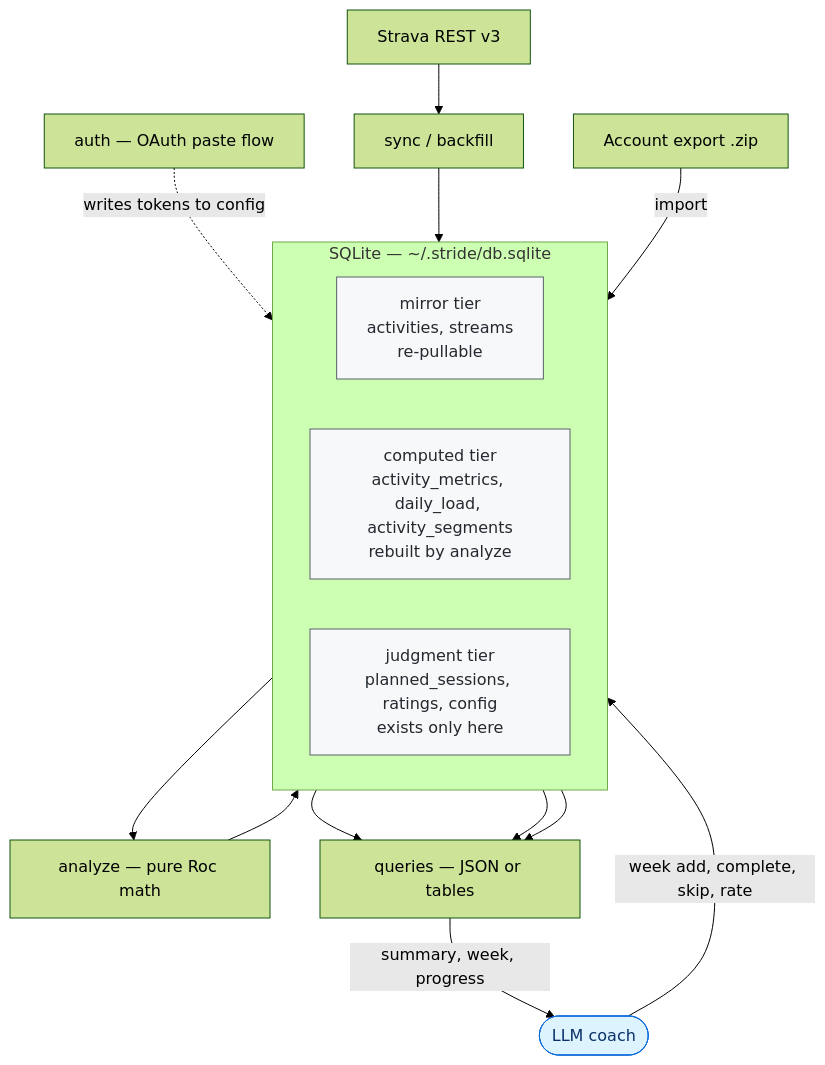
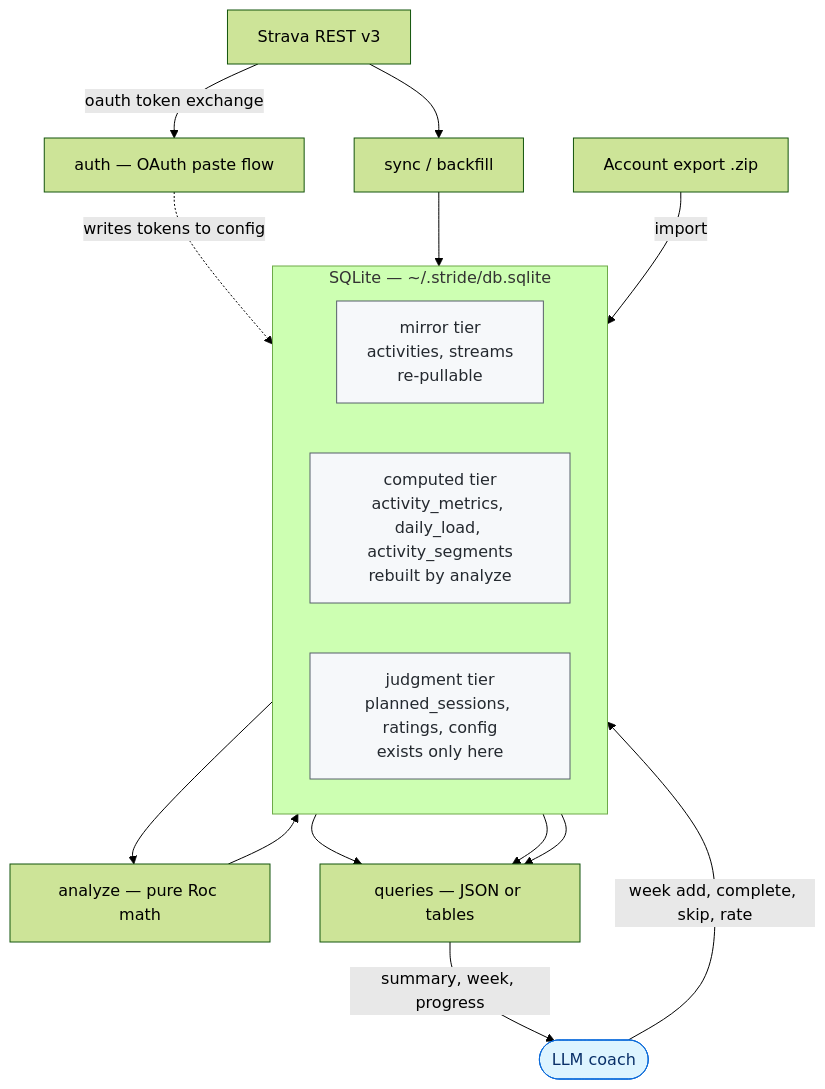
The diagram in README.md (eschizoid/stride), drawn with Mermaid (forest theme) before and after one commit. The commit also changed other lines of this file and 13 other files, not shown here.

````diff
--- a/README.md
+++ b/README.md
@@ -305,33 +332,34 @@
 ```mermaid
 flowchart TD
     strava["Strava REST v3"]
     export["Account export .zip"]
     auth["auth — OAuth paste flow"]
     sync["sync / backfill"]
 
     subgraph db["SQLite — ~/.stride/db.sqlite"]
         direction LR
         mirror["mirror tier<br>activities, streams<br>re-pullable"]
         computed["computed tier<br>activity_metrics, daily_load, activity_segments<br>rebuilt by analyze"]
         judgment["judgment tier<br>planned_sessions, ratings, config<br>exists only here"]
     end
 
     analyze["analyze — pure Roc math"]
     queries["queries — JSON or tables"]
     coach(["LLM coach"])
 
+    strava -->|"oauth token exchange"| auth
     auth -.->|"writes tokens to config"| judgment
     strava --> sync --> mirror
     export -->|"import"| mirror
     mirror --> analyze --> computed
     mirror --> queries
     computed --> queries
     judgment --> queries
     queries -->|"summary, week, progress"| coach
     coach -->|"week add, complete, skip, rate"| judgment
 
     classDef tier fill:#f6f8fa,stroke:#57606a,color:#24292f
     classDef actor fill:#ddf4ff,stroke:#0969da,color:#0a3069
     class mirror,computed,judgment tier
     class coach actor
 ```
````
